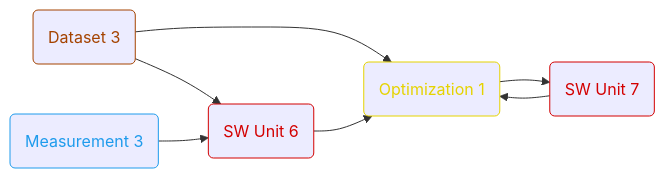
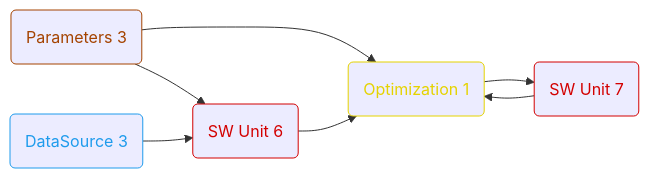
Before and after one commit to olympus-tools/ARES: the second of 6 diagrams in README.md, drawn with Mermaid. The commit also changed other lines of this file and 8 other files, not shown here.

````diff
--- a/README.md
+++ b/README.md
@@ -98,24 +98,24 @@
 ```mermaid
 flowchart LR
 
-    DS3(Dataset 3) --> SWU6(SW Unit 6)
-    DS3 --> OPT1(Optimization 1)
-    MEAS3(Measurement 3) --> SWU6
+    PARAM3(Parameters 3) --> SWU6(SW Unit 6)
+    PARAM3 --> OPT1(Optimization 1)
+    MEAS3(DataSource 3) --> SWU6
     SWU6 --> OPT1
     OPT1 --> SWU7(SW Unit 7)
     SWU7 --> OPT1
 
-    classDef Dataset           color:#a44300, stroke:#a44300;
-    classDef Measurement        color:#1e9bec, stroke:#1e9bec;
+    classDef Parameters        color:#a44300, stroke:#a44300;
+    classDef DataSource        color:#1e9bec, stroke:#1e9bec;
     classDef SW_Unit           color:#d30000, stroke:#d30000;
     classDef Test              color:#2eb400, stroke:#2eb400;
     classDef Plot              color:#ad00d0, stroke:#ad00d0;
     classDef Optimization      color:#e5d300, stroke:#e5d300;
 
-    class DS3 Dataset;
-    class MEAS3 Measurement;
+    class PARAM3 Parameters;
+    class MEAS3 DataSource;
     class SWU6 SW_Unit;
     class SWU7 SW_Unit;
     class OPT1 Optimization;
 
 ```
````
